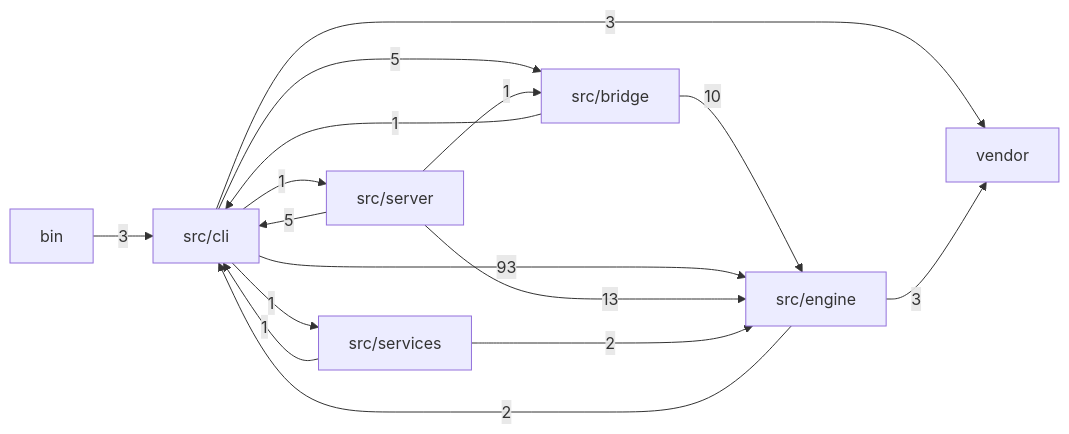
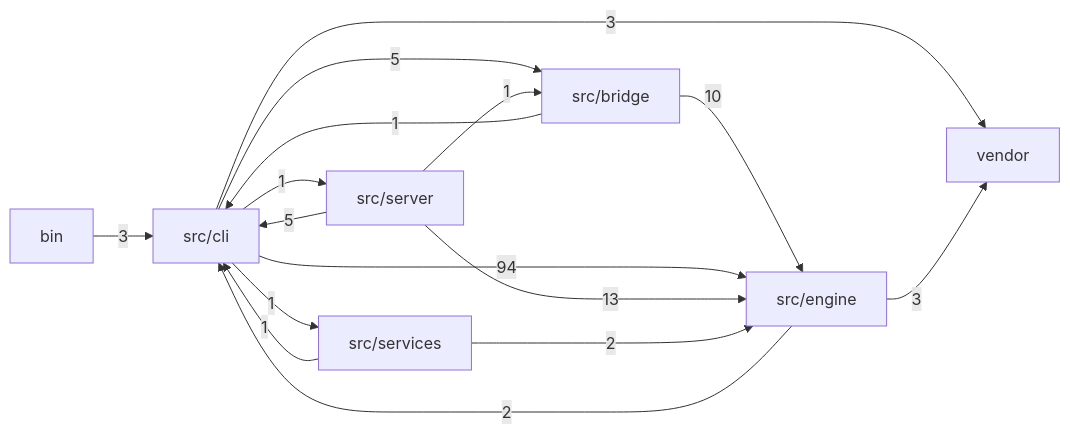
Before and after one commit to mgillr/memev: the first of 2 diagrams in docs/MODULES.md, drawn with Mermaid. The commit also changed other lines of this file, not shown here.

````diff
--- a/docs/MODULES.md
+++ b/docs/MODULES.md
@@ -11,25 +11,25 @@
 ```mermaid
 flowchart LR
   bin["bin"]
   bridge["src/bridge"]
   cli["src/cli"]
   engine["src/engine"]
   server["src/server"]
   services["src/services"]
   vendor["vendor"]
   bin -->|"3"| cli
   bridge -->|"1"| cli
   bridge -->|"10"| engine
   cli -->|"5"| bridge
-  cli -->|"93"| engine
+  cli -->|"94"| engine
   cli -->|"1"| server
   cli -->|"1"| services
   cli -->|"3"| vendor
   engine -->|"2"| cli
   engine -->|"3"| vendor
   server -->|"1"| bridge
   server -->|"5"| cli
   server -->|"13"| engine
   services -->|"1"| cli
   services -->|"2"| engine
 ```
````
